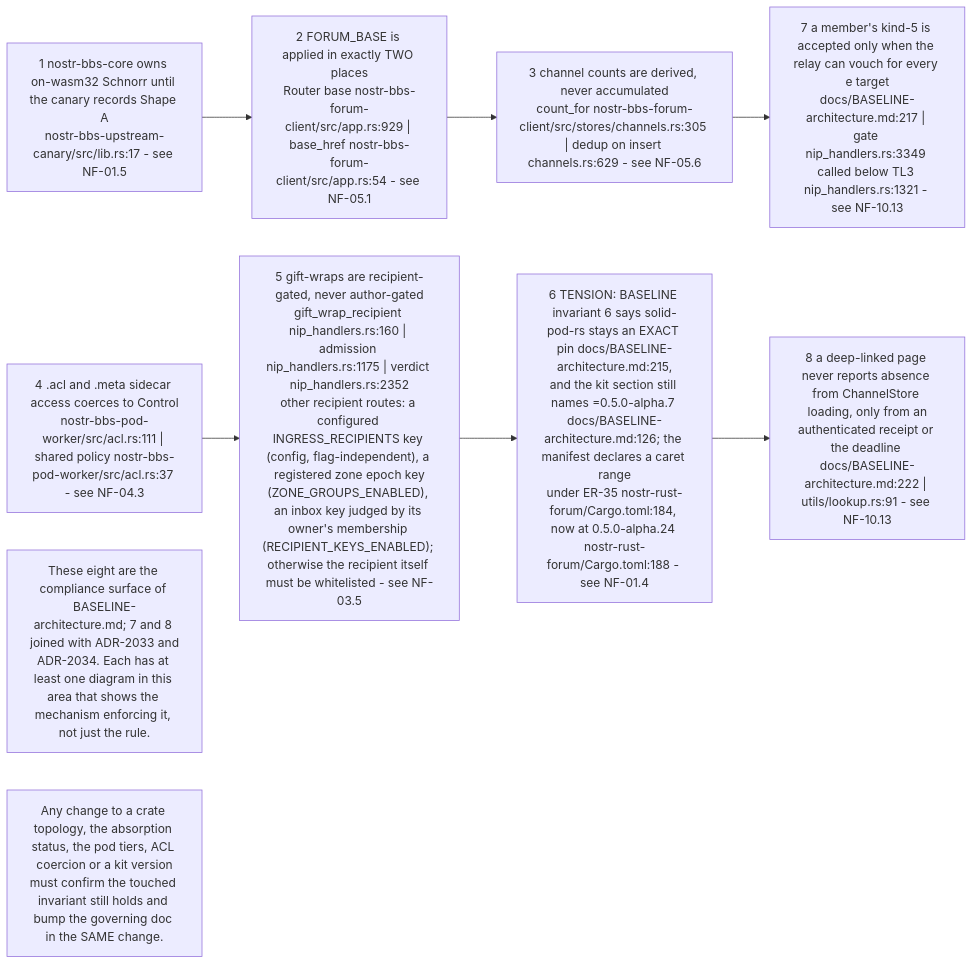
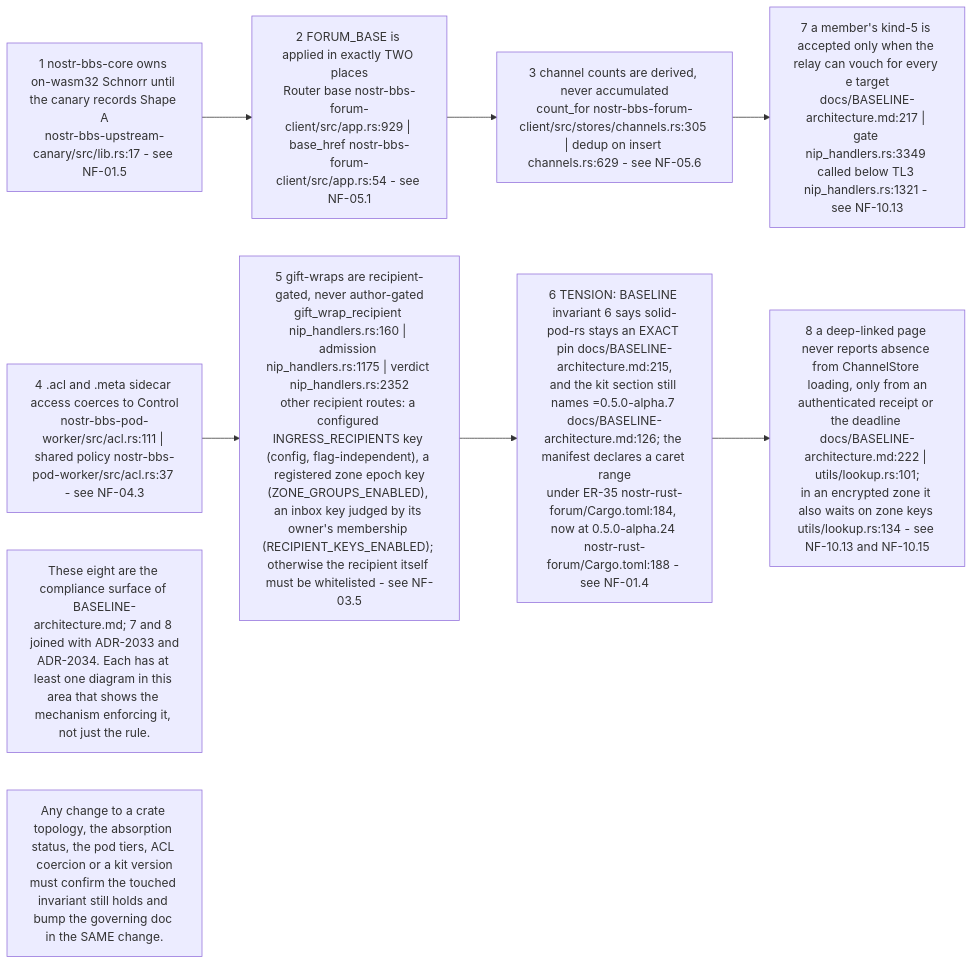
Before and after one commit to DreamLab-AI/VisionFlow: the first of 13 diagrams in docs/diagrams/nostr-rust-forum/10-invariants-and-anomaly-register.md, drawn with Mermaid. The commit also changed other lines of this file and 1 other file, not shown here.

First line of the commit message:
WIP diagrams/kit-fold: re-stamp NF-05 and NF-10 to fd31193, close O21, fold kit register items

````diff
--- a/docs/diagrams/nostr-rust-forum/10-invariants-and-anomaly-register.md
+++ b/docs/diagrams/nostr-rust-forum/10-invariants-and-anomaly-register.md
@@ -92,17 +114,17 @@
 ```mermaid
 flowchart LR
     I1["1 nostr-bbs-core owns on-wasm32 Schnorr until the canary records Shape A<br/>nostr-bbs-upstream-canary/src/lib.rs:17 - see NF-01.5"]
     I2["2 FORUM_BASE is applied in exactly TWO places<br/>Router base nostr-bbs-forum-client/src/app.rs:929 | base_href nostr-bbs-forum-client/src/app.rs:54 - see NF-05.1"]
     I3["3 channel counts are derived, never accumulated<br/>count_for nostr-bbs-forum-client/src/stores/channels.rs:305 | dedup on insert channels.rs:629 - see NF-05.6"]
     I4["4 .acl and .meta sidecar access coerces to Control<br/>nostr-bbs-pod-worker/src/acl.rs:111 | shared policy nostr-bbs-pod-worker/src/acl.rs:37 - see NF-04.3"]
     I5["5 gift-wraps are recipient-gated, never author-gated<br/>gift_wrap_recipient nip_handlers.rs:160 | admission nip_handlers.rs:1175 | verdict nip_handlers.rs:2352<br/>other recipient routes: a configured INGRESS_RECIPIENTS key (config, flag-independent), a registered zone epoch key<br/>(ZONE_GROUPS_ENABLED), an inbox key judged by its owner's membership (RECIPIENT_KEYS_ENABLED); otherwise the recipient itself must be whitelisted - see NF-03.5"]
     I6["6 TENSION: BASELINE invariant 6 says solid-pod-rs stays an EXACT pin docs/BASELINE-architecture.md:215,<br/>and the kit section still names =0.5.0-alpha.7 docs/BASELINE-architecture.md:126; the manifest declares a caret range<br/>under ER-35 nostr-rust-forum/Cargo.toml:184, now at 0.5.0-alpha.24 nostr-rust-forum/Cargo.toml:188 - see NF-01.4"]
     I7["7 a member's kind-5 is accepted only when the relay can vouch for every e target<br/>docs/BASELINE-architecture.md:217 | gate nip_handlers.rs:3349 called below TL3 nip_handlers.rs:1321 - see NF-10.13"]
-    I8["8 a deep-linked page never reports absence from ChannelStore loading, only from an<br/>authenticated receipt or the deadline docs/BASELINE-architecture.md:222 | utils/lookup.rs:91 - see NF-10.13"]
+    I8["8 a deep-linked page never reports absence from ChannelStore loading, only from an<br/>authenticated receipt or the deadline docs/BASELINE-architecture.md:222 | utils/lookup.rs:101;<br/>in an encrypted zone it also waits on zone keys utils/lookup.rs:134 - see NF-10.13 and NF-10.15"]
 
     I1 --> I2 --> I3 --> I7
     I4 --> I5 --> I6 --> I8
 
     N1["These eight are the compliance surface of BASELINE-architecture.md; 7 and 8 joined with ADR-2033 and<br/>ADR-2034. Each has at least one diagram in this area that shows the mechanism enforcing it, not just the rule."]
     N2["Any change to a crate topology, the absorption status, the pod tiers, ACL coercion or a kit version<br/>must confirm the touched invariant still holds and bump the governing doc in the SAME change."]
 ```
````
